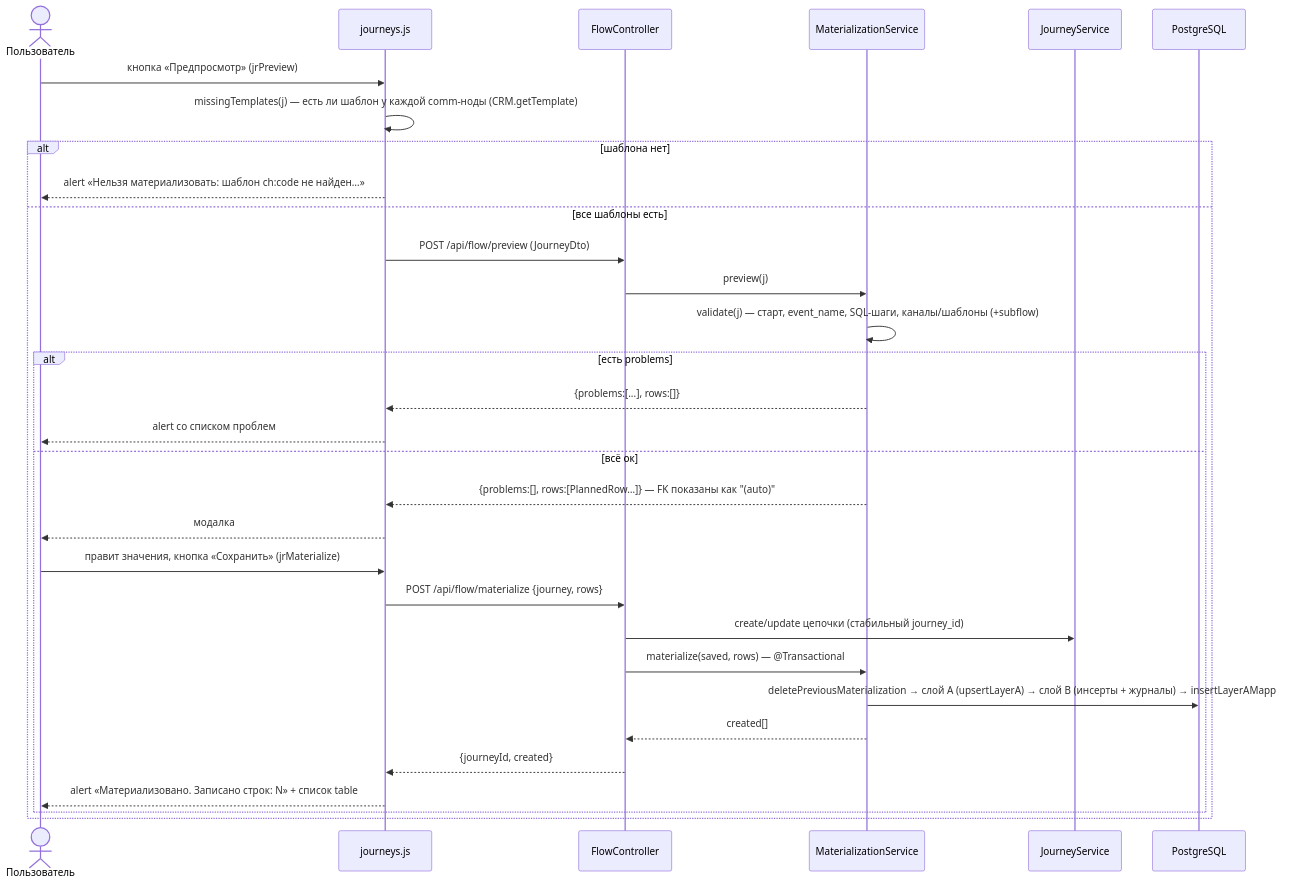
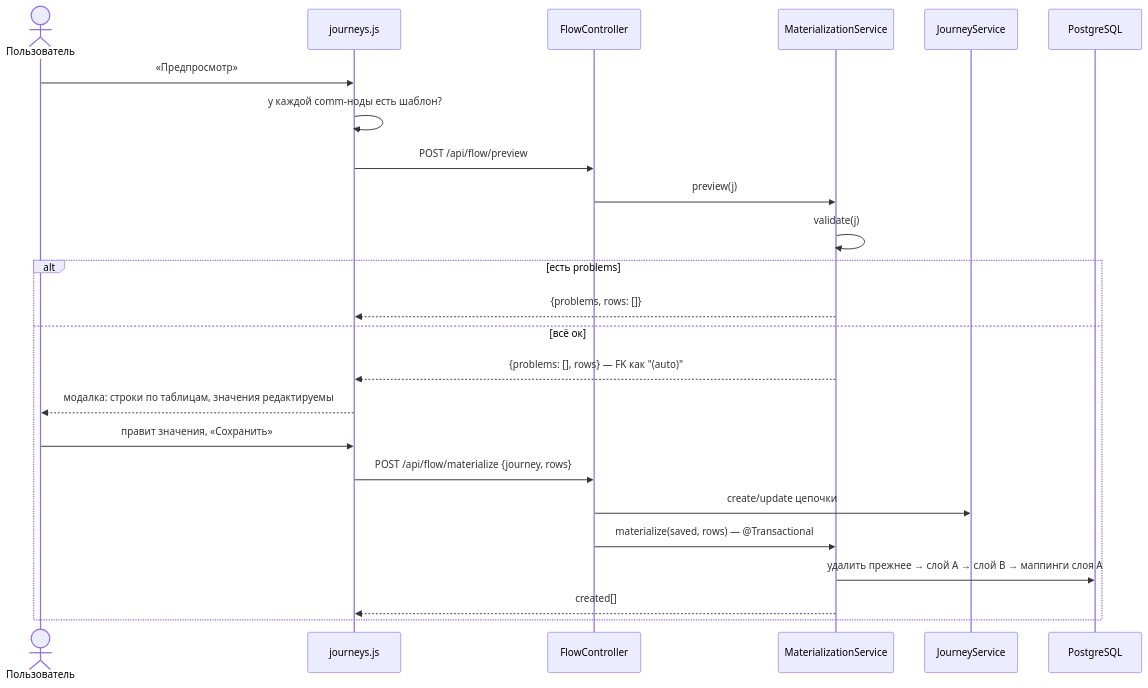
Before and after one commit to AlexRaisky/crm.banki.ru: the diagram in crm-admin/docs/Backend/Материализация (Flow).md, drawn with Mermaid. The commit also changed other lines of this file and 27 other files, not shown here.

````diff
--- a/crm-admin/docs/Backend/Материализация (Flow).md
+++ b/crm-admin/docs/Backend/Материализация (Flow).md
@@ -36,34 +37,27 @@
 ```mermaid
 sequenceDiagram
     actor U as Пользователь
     participant FE as journeys.js
     participant FC as FlowController
     participant MS as MaterializationService
     participant JS as JourneyService
     participant DB as PostgreSQL
 
-    U->>FE: кнопка «Предпросмотр» (jrPreview)
-    FE->>FE: missingTemplates(j) — есть ли шаблон у каждой comm-ноды (CRM.getTemplate)
-    alt шаблона нет
-        FE-->>U: alert «Нельзя материализовать: шаблон ch:code не найден…»
-    else все шаблоны есть
-        FE->>FC: POST /api/flow/preview (JourneyDto)
-        FC->>MS: preview(j)
-        MS->>MS: validate(j) — старт, event_name, SQL-шаги, каналы/шаблоны (+subflow)
-        alt есть problems
-            MS-->>FE: {problems:[...], rows:[]}
-            FE-->>U: alert со списком проблем
-        else всё ок
-            MS-->>FE: {problems:[], rows:[PlannedRow…]} — FK показаны как "(auto)"
-            FE-->>U: модалка #jrModal: строки по таблицам, значения редактируемы
-            U->>FE: правит значения, кнопка «Сохранить» (jrMaterialize)
-            FE->>FC: POST /api/flow/materialize {journey, rows}
-            FC->>JS: create/update цепочки (стабильный journey_id)
-            FC->>MS: materialize(saved, rows) — @Transactional
-            MS->>DB: deletePreviousMaterialization → слой A (upsertLayerA) → слой B (инсерты + журналы) → insertLayerAMappings
-            MS-->>FC: created[]
-            FC-->>FE: {journeyId, created}
-            FE-->>U: alert «Материализовано. Записано строк: N» + список table #id
-        end
+    U->>FE: «Предпросмотр»
+    FE->>FE: у каждой comm-ноды есть шаблон?
+    FE->>FC: POST /api/flow/preview
+    FC->>MS: preview(j)
+    MS->>MS: validate(j)
+    alt есть problems
+        MS-->>FE: {problems, rows: []}
+    else всё ок
+        MS-->>FE: {problems: [], rows} — FK как "(auto)"
+        FE-->>U: модалка: строки по таблицам, значения редактируемы
+        U->>FE: правит значения, «Сохранить»
+        FE->>FC: POST /api/flow/materialize {journey, rows}
+        FC->>JS: create/update цепочки
+        FC->>MS: materialize(saved, rows) — @Transactional
+        MS->>DB: удалить прежнее → слой A → слой B → маппинги слоя A
+        MS-->>FE: created[]
     end
 ```
````
